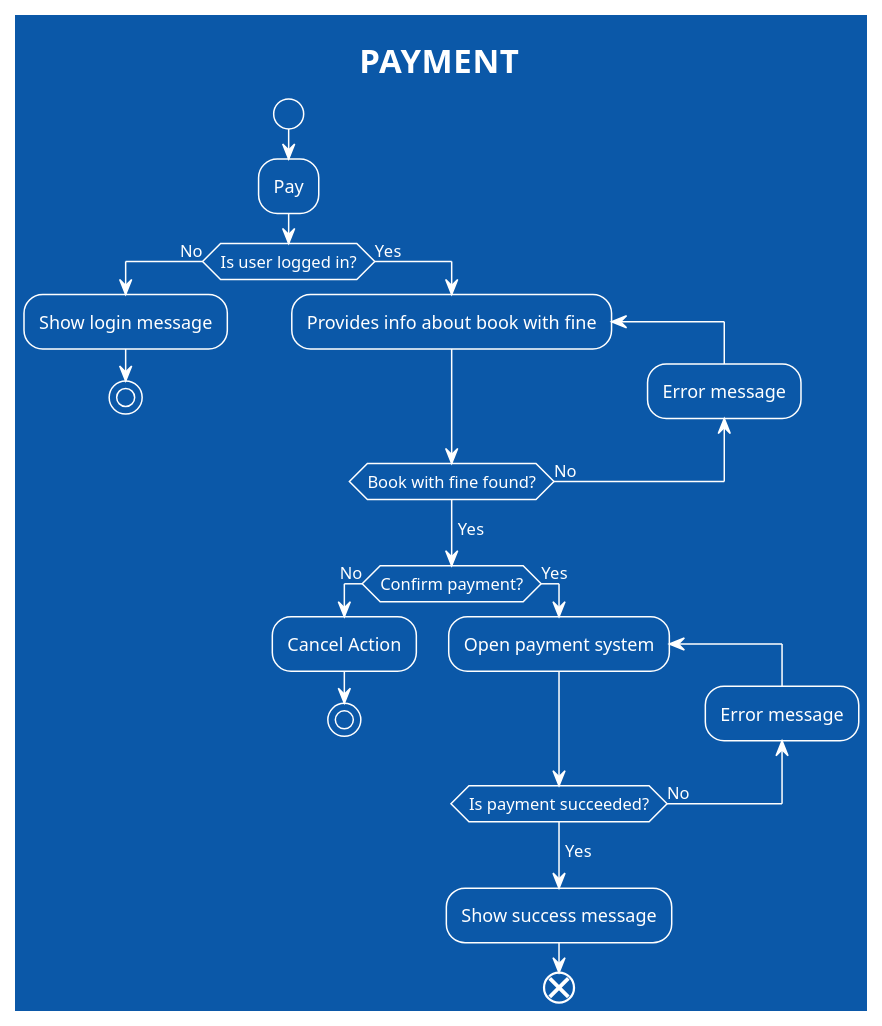
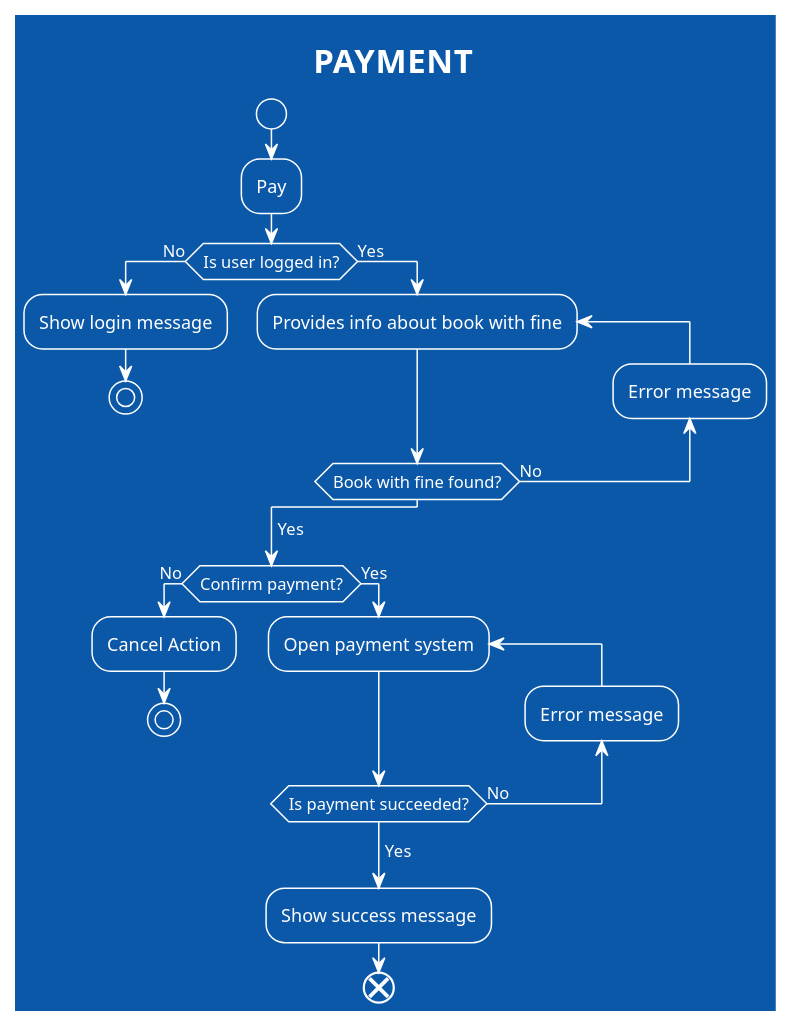
One commit to Gabe-Alvess/LibraryAppDiagrams changed the seventh of 7 diagrams in flowcharts/flowchart-diagrams.md. Above: the diagram before and after it, drawn with PlantUML. The commit also changed other lines of this file and 4 other files, not shown here.

````diff
--- a/flowcharts/flowchart-diagrams.md
+++ b/flowcharts/flowchart-diagrams.md
@@ -177,31 +198,33 @@
 ```plantuml
 
 @startuml
 
 !theme amiga
 title PAYMENT
 
 start
 :Pay;
 if (Is user logged in?) then (No)
-:Show login message;
-stop
+    :Show login message;
+    stop
 else (Yes)
-repeat:Provides info about book with fine;
-backward:Error message;
-repeat while (Book with fine found?) is (No)
+    repeat:Provides info about book with fine;
+    backward:Error message;
+    repeat while (Book with fine found?) is (No)
+endif
 ->Yes;
 if (Confirm payment?) then (No)
-:Cancel Action;
-stop
+    :Cancel Action;
+    stop
 else (Yes)
-repeat:Open payment system;
-backward:Error message;
-repeat while (Is payment succeeded?) is (No)
-->Yes;
-:Show success message;
-end
+    repeat:Open payment system;
+    backward:Error message;
+    repeat while (Is payment succeeded?) is (No)
+    ->Yes;
+    :Show success message;
+    end
+endif
 
 @enduml
 
 ```
````
